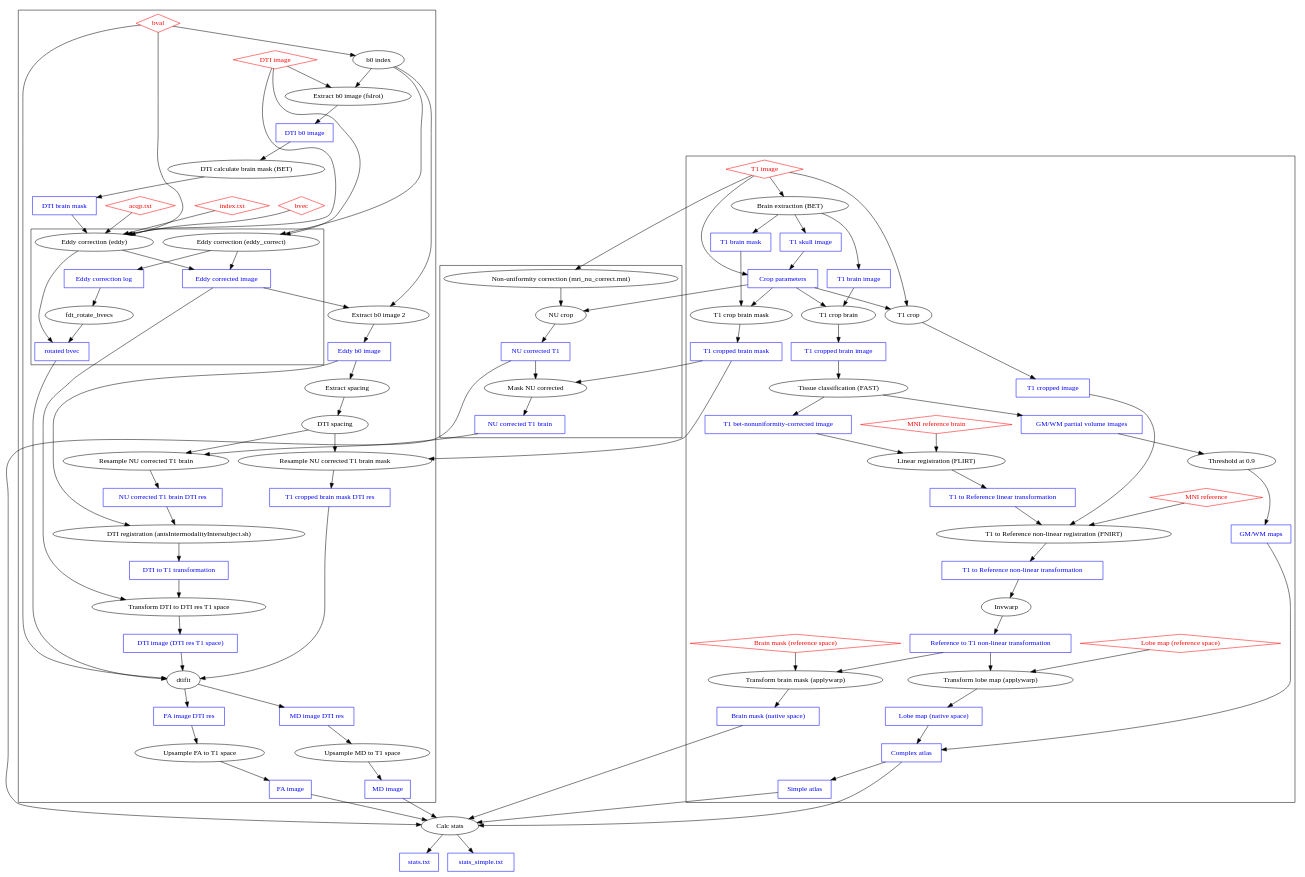
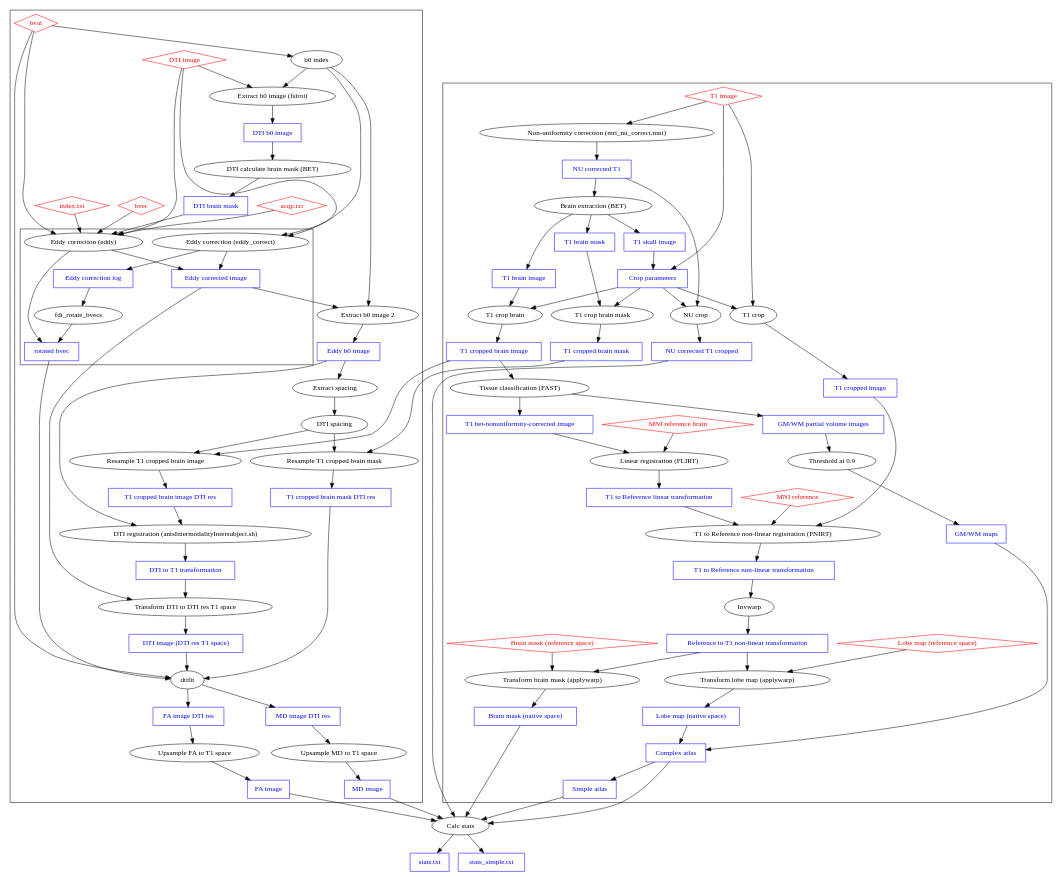
The diagram in doc/pipeline.dot (pndni/Charge_GM_WM_Properties_Pipeline), drawn with Graphviz before and after one commit. The commit also changed 2 other files, not shown here.

```diff
--- a/doc/pipeline.dot
+++ b/doc/pipeline.dot
@@ -1,105 +1,101 @@
 strict digraph Pipeline {
 subgraph Inputs {
 node [shape=diamond, color=red, fontcolor=red]
 "T1 image"
 "MNI reference"
 "MNI reference brain"
 "Lobe map (reference space)"
 "Brain mask (reference space)"
 "DTI image"
 "bvec"
 "bval"
 "acqp.txt"
 "index.txt"
 }
 subgraph Outputs {
 node[shape=rect, color=blue, fontcolor=blue];
 "T1 brain image" 
 "T1 brain mask" 
 "T1 cropped brain image" 
+"T1 cropped brain image DTI res" 
 "T1 cropped brain mask" 
 "T1 cropped brain mask DTI res" 
 "T1 cropped image"
 "T1 skull image"
 "GM/WM partial volume images"
 "GM/WM maps"
 "T1 bet-nonuniformity-corrected image"
 "Crop parameters"
 "T1 to Reference linear transformation"
 "T1 to Reference non-linear transformation"
 "Reference to T1 non-linear transformation"
 "Lobe map (native space)"
 "Brain mask (native space)"
 "NU corrected T1"
-"NU corrected T1 brain"
-"NU corrected T1 brain DTI res"
+"NU corrected T1 cropped"
 "Eddy corrected image"
 "rotated bvec"
 "Eddy correction log"
 "Eddy b0 image"
 "DTI brain mask"
 "DTI image (DTI res T1 space)"
 "FA image"
 "MD image"
 "FA image DTI res"
 "MD image DTI res"
 "DTI to T1 transformation"
 "stats.txt"
 "stats_simple.txt"
 "Complex atlas"
 "Simple atlas"
 "DTI b0 image"
 }
 subgraph clustermaps{
-"T1 image" -> "Brain extraction (BET)" -> "T1 brain image"
+"T1 image" -> "Non-uniformity correction (mri_nu_correct.mni)" -> "NU corrected T1" -> "NU crop" -> "NU corrected T1 cropped"
+"Crop parameters" -> "NU crop"
+"NU corrected T1" -> "Brain extraction (BET)" -> "T1 brain image"
 "Brain extraction (BET)" -> "T1 skull image"
 "Brain extraction (BET)" -> "T1 brain mask"
 "T1 skull image" -> "Crop parameters"
 "T1 image" -> "Crop parameters"
 {"T1 image", "Crop parameters"} -> "T1 crop" -> "T1 cropped image"
 {"T1 brain mask", "Crop parameters"} -> "T1 crop brain mask" -> "T1 cropped brain mask"
 {"T1 brain image", "Crop parameters"} -> "T1 crop brain" -> "T1 cropped brain image"
 "T1 cropped brain image" -> "Tissue classification (FAST)"
 "Tissue classification (FAST)" -> {"GM/WM partial volume images", "T1 bet-nonuniformity-corrected image"}
 {"GM/WM partial volume images" -> "Threshold at 0.9" -> "GM/WM maps"}
 {"T1 bet-nonuniformity-corrected image", "MNI reference brain"} -> "Linear registration (FLIRT)" -> "T1 to Reference linear transformation"
 {"T1 to Reference linear transformation", "T1 cropped image", "MNI reference"} -> "T1 to Reference non-linear registration (FNIRT)" -> "T1 to Reference non-linear transformation"
 {"T1 to Reference non-linear transformation" -> Invwarp -> "Reference to T1 non-linear transformation"}
 {"Lobe map (reference space)", "Reference to T1 non-linear transformation"} -> "Transform lobe map (applywarp)" -> "Lobe map (native space)"
 {"Brain mask (reference space)", "Reference to T1 non-linear transformation"} -> "Transform brain mask (applywarp)" -> "Brain mask (native space)"
 {"Lobe map (native space)", "GM/WM maps"} -> "Complex atlas"
 "Complex atlas" -> "Simple atlas"
 }
 
-subgraph "clusterT1 data" {
-"T1 image" -> "Non-uniformity correction (mri_nu_correct.mni)" -> "NU crop" -> "NU corrected T1"
-"Crop parameters" -> "NU crop"
-{"NU corrected T1", "T1 cropped brain mask"} -> "Mask NU corrected" -> "NU corrected T1 brain"
-}
-
 subgraph "clusterDTI" {
 bval -> "b0 index"
 {"DTI image", "b0 index"} ->  "Extract b0 image (fslroi)" -> "DTI b0 image"
 "DTI b0 image" -> "DTI calculate brain mask (BET)" -> "DTI brain mask"
 {"DTI image", "DTI brain mask", "bvec", "bval", "acqp.txt", "index.txt"} -> "Eddy correction (eddy)"
 {"DTI image", "b0 index"} -> "Eddy correction (eddy_correct)"
 subgraph "clusterEddy" {
 "Eddy correction (eddy)" -> {"Eddy corrected image", "rotated bvec"}
 "Eddy correction (eddy_correct)" -> {"Eddy corrected image", "Eddy correction log"}
 "Eddy correction log" -> "fdt_rotate_bvecs" -> "rotated bvec"
 }
 {"Eddy corrected image", "b0 index"} -> "Extract b0 image 2" -> "Eddy b0 image"
 "Eddy b0 image" -> "Extract spacing" -> "DTI spacing"
-{"NU corrected T1 brain", "DTI spacing"} -> "Resample NU corrected T1 brain" -> "NU corrected T1 brain DTI res"
-{"T1 cropped brain mask", "DTI spacing"} -> "Resample NU corrected T1 brain mask" -> "T1 cropped brain mask DTI res"
-{"Eddy b0 image", "NU corrected T1 brain DTI res"} -> "DTI registration (antsIntermodalityIntersubject.sh)" -> "DTI to T1 transformation"
+{"T1 cropped brain image", "DTI spacing"} -> "Resample T1 cropped brain image" -> "T1 cropped brain image DTI res"
+{"T1 cropped brain mask", "DTI spacing"} -> "Resample T1 cropped brain mask" -> "T1 cropped brain mask DTI res"
+{"Eddy b0 image", "T1 cropped brain image DTI res"} -> "DTI registration (antsIntermodalityIntersubject.sh)" -> "DTI to T1 transformation"
 {"DTI to T1 transformation", "Eddy corrected image"} -> "Transform DTI to DTI res T1 space" -> "DTI image (DTI res T1 space)"
 {"DTI image (DTI res T1 space)", "rotated bvec", "bval", "T1 cropped brain mask DTI res"} -> dtifit -> {"FA image DTI res", "MD image DTI res"}
 {"MD image DTI res"} -> "Upsample MD to T1 space" -> {"MD image"}
 {"FA image DTI res"} -> "Upsample FA to T1 space" -> {"FA image"}
 }
 
-{"NU corrected T1", "Complex atlas", "Brain mask (native space)", "FA image", "MD image"} -> "Calc stats" -> "stats.txt"
-{"NU corrected T1", "Simple atlas", "Brain mask (native space)", "FA image", "MD image"} -> "Calc stats" -> "stats_simple.txt"
+{"NU corrected T1 cropped", "Complex atlas", "Brain mask (native space)", "FA image", "MD image"} -> "Calc stats" -> "stats.txt"
+{"NU corrected T1 cropped", "Simple atlas", "Brain mask (native space)", "FA image", "MD image"} -> "Calc stats" -> "stats_simple.txt"
 
 }
```
